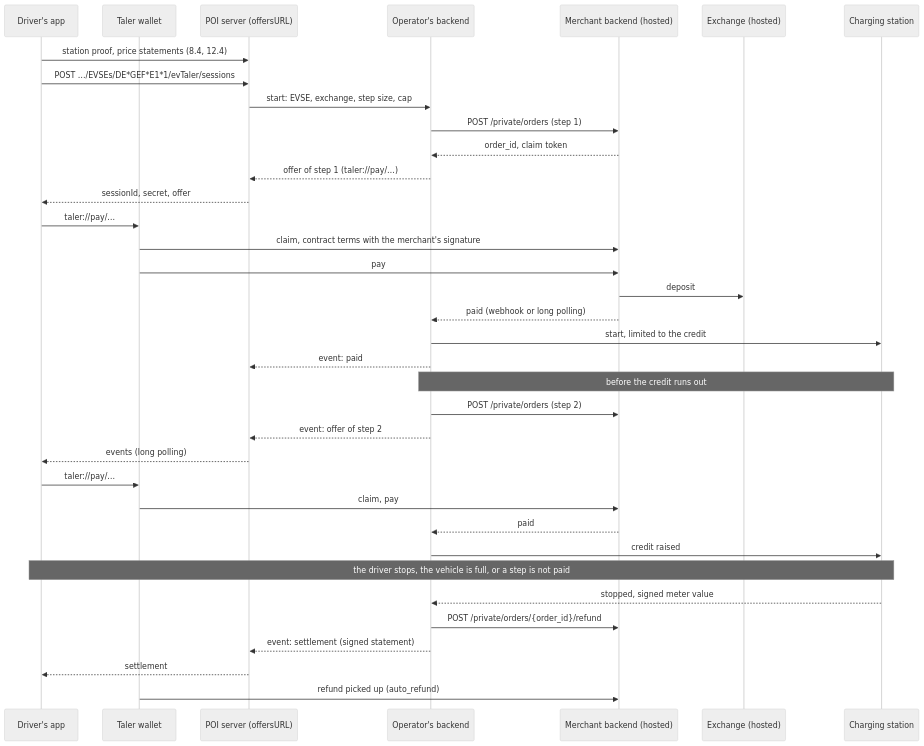
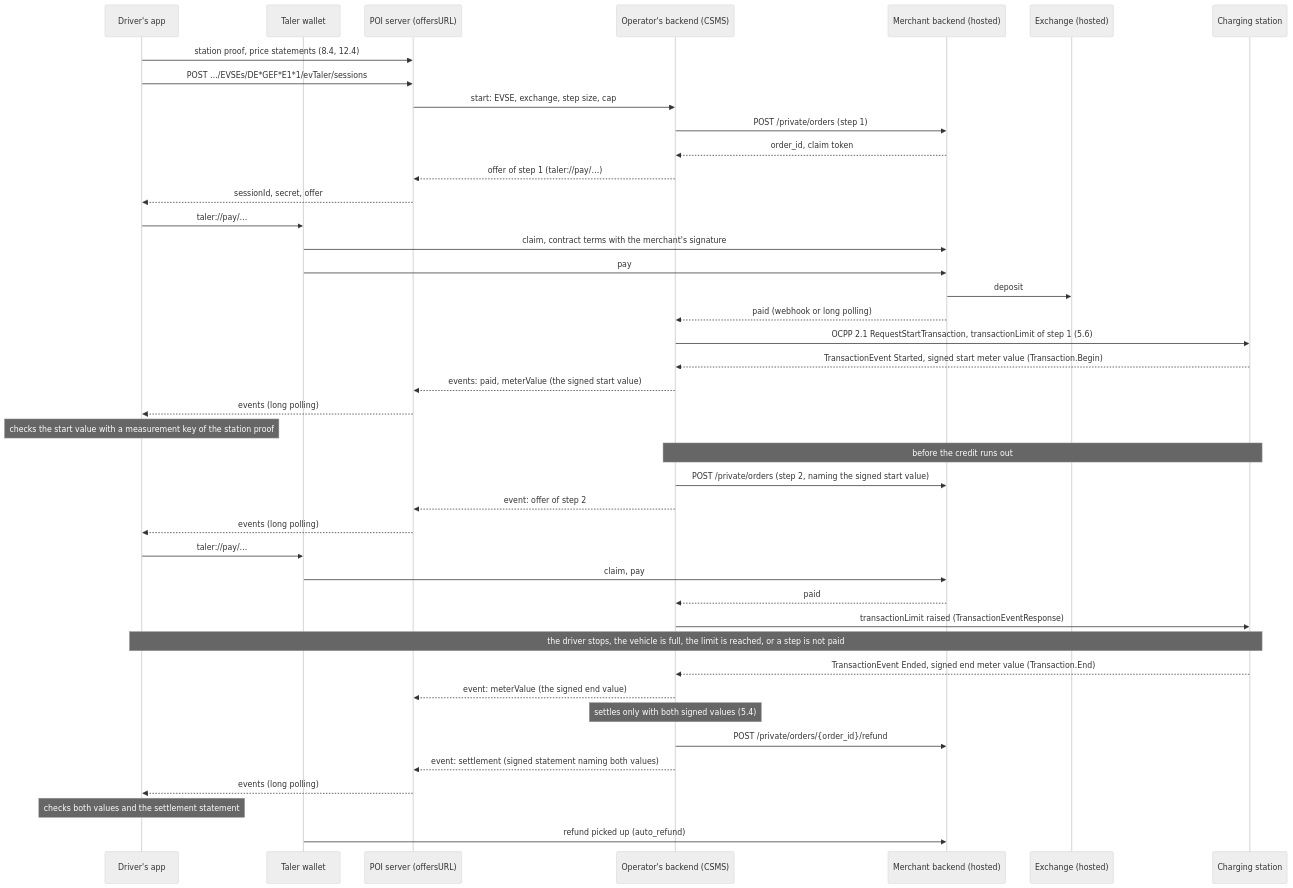
Before and after one commit to OpenChargingCloud/WWCP_POI: the diagram in concepts/EVTaler.md, drawn with Mermaid (neutral theme). The commit also changed other lines of this file, not shown here.

First line of the commit message:
EV Taler: a start limited to the credit in OCPP 2.1, and no settlement without the signed meter values at the start and the end

````diff
--- a/concepts/EVTaler.md
+++ b/concepts/EVTaler.md
@@ -275,38 +278,44 @@
 ```mermaid
 sequenceDiagram
     participant App as Driver's app
     participant W as Taler wallet
     participant P as POI server (offersURL)
-    participant B as Operator's backend
+    participant B as Operator's backend (CSMS)
     participant M as Merchant backend (hosted)
     participant X as Exchange (hosted)
     participant S as Charging station
     App->>P: station proof, price statements (8.4, 12.4)
     App->>P: POST …/EVSEs/DE*GEF*E1*1/evTaler/sessions
     P->>B: start: EVSE, exchange, step size, cap
     B->>M: POST /private/orders (step 1)
     M-->>B: order_id, claim token
     B-->>P: offer of step 1 (taler://pay/…)
     P-->>App: sessionId, secret, offer
     App->>W: taler://pay/…
     W->>M: claim, contract terms with the merchant's signature
     W->>M: pay
     M->>X: deposit
     M-->>B: paid (webhook or long polling)
-    B->>S: start, limited to the credit
-    B-->>P: event: paid
+    B->>S: OCPP 2.1 RequestStartTransaction, transactionLimit of step 1 (5.6)
+    S-->>B: TransactionEvent Started, signed start meter value (Transaction.Begin)
+    B-->>P: events: paid, meterValue (the signed start value)
+    P-->>App: events (long polling)
+    Note over App: checks the start value with a measurement key of the station proof
     Note over B,S: before the credit runs out
-    B->>M: POST /private/orders (step 2)
+    B->>M: POST /private/orders (step 2, naming the signed start value)
     B-->>P: event: offer of step 2
     P-->>App: events (long polling)
     App->>W: taler://pay/…
     W->>M: claim, pay
     M-->>B: paid
-    B->>S: credit raised
-    Note over App,S: the driver stops, the vehicle is full, or a step is not paid
-    S-->>B: stopped, signed meter value
+    B->>S: transactionLimit raised (TransactionEventResponse)
+    Note over App,S: the driver stops, the vehicle is full, the limit is reached, or a step is not paid
+    S-->>B: TransactionEvent Ended, signed end meter value (Transaction.End)
+    B-->>P: event: meterValue (the signed end value)
+    Note over B: settles only with both signed values (5.4)
     B->>M: POST /private/orders/{order_id}/refund
-    B-->>P: event: settlement (signed statement)
-    P-->>App: settlement
+    B-->>P: event: settlement (signed statement naming both values)
+    P-->>App: events (long polling)
+    Note over App: checks both values and the settlement statement
     W->>M: refund picked up (auto_refund)
 ```
````
